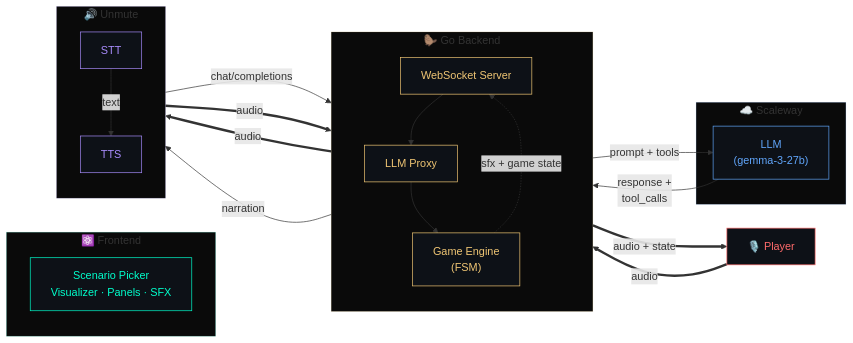
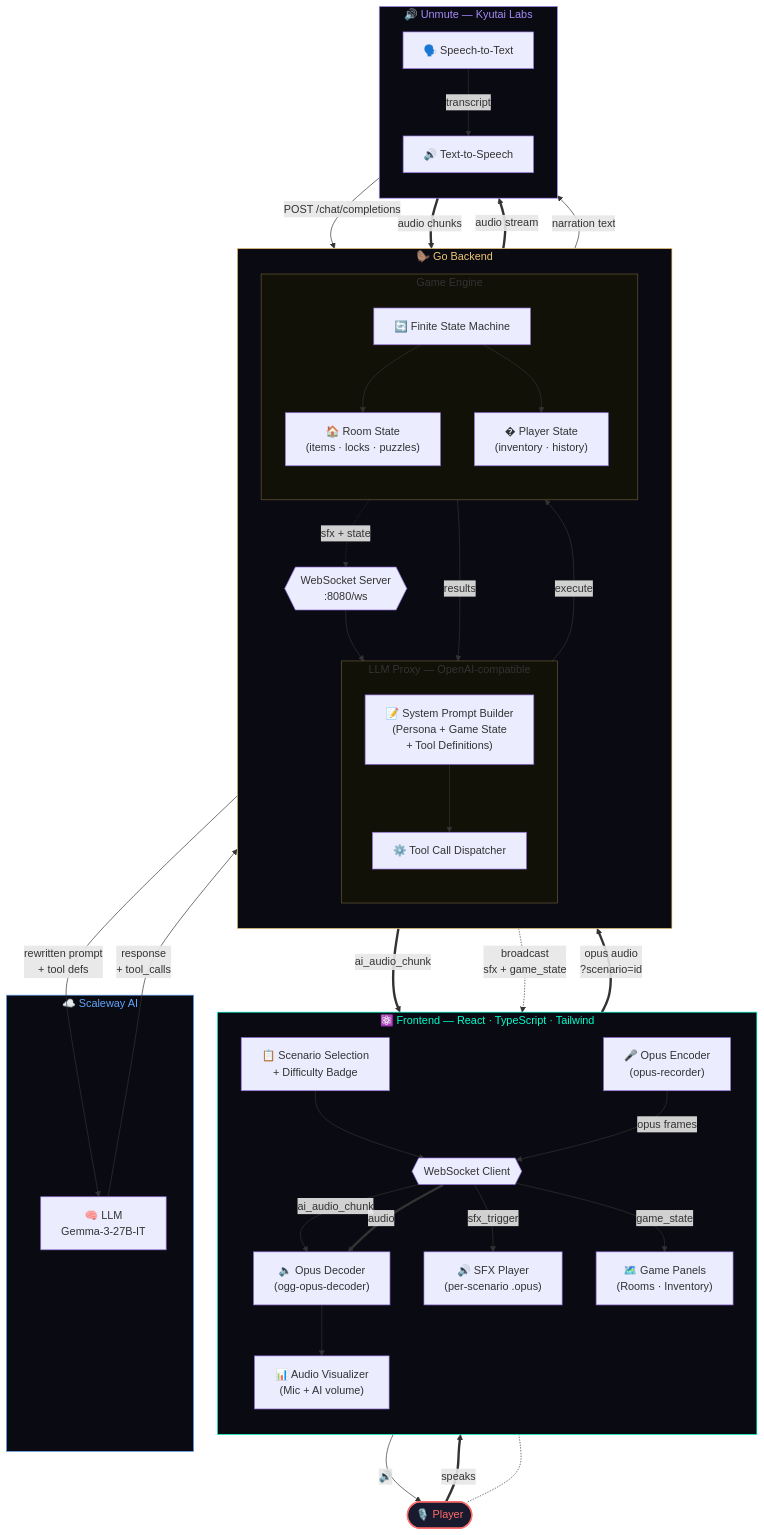
Before and after one commit to Aketos/AI-escape-games: the diagram in README.md, drawn with Mermaid.

Commit message:
docs: fix mermaid diagram

````diff
--- a/README.md
+++ b/README.md
@@ -5,53 +5,87 @@
 ```mermaid
-graph LR
-    subgraph F["⚛️ Frontend"]
+flowchart TB
+    %% ===== PLAYER =====
+    Player(["🎙️ Player"])
+    style Player fill:#1a1a2e,stroke:#ff6b6b,stroke-width:2px,color:#ff6b6b
+
+    %% ===== FRONTEND =====
+    subgraph FE["⚛️ Frontend — React · TypeScript · Tailwind"]
         direction TB
-        UI["Scenario Picker\nVisualizer · Panels · SFX"]
+        SUI["📋 Scenario Selection\n+ Difficulty Badge"]
+        VIS["📊 Audio Visualizer\n(Mic + AI volume)"]
+        PANELS["🗺️ Game Panels\n(Rooms · Inventory)"]
+        SFX["🔊 SFX Player\n(per-scenario .opus)"]
+        ENC["🎤 Opus Encoder\n(opus-recorder)"]
+        DEC["🔈 Opus Decoder\n(ogg-opus-decoder)"]
+        WSC{{"WebSocket Client"}}
+
+        SUI --> WSC
+        ENC -->|"opus frames"| WSC
+        WSC -->|"ai_audio_chunk"| DEC
+        WSC -->|"sfx_trigger"| SFX
+        WSC -->|"game_state"| PANELS
+        DEC --> VIS
     end
+    style FE fill:#0a0a12,stroke:#00ffcc,stroke-width:1px,color:#00ffcc
 
-    subgraph G["🦫 Go Backend"]
+    %% ===== GO BACKEND =====
+    subgraph BE["🦫 Go Backend"]
         direction TB
-        WS["WebSocket Server"]
-        PX["LLM Proxy"]
-        GE["Game Engine\n(FSM)"]
-        WS --> PX --> GE
+        WSS{{"WebSocket Server\n:8080/ws"}}
+        subgraph PROXY["LLM Proxy — OpenAI-compatible"]
+            direction TB
+            INJECT["📝 System Prompt Builder\n(Persona + Game State\n+ Tool Definitions)"]
+            DISPATCH["⚙️ Tool Call Dispatcher"]
+            INJECT --> DISPATCH
+        end
+        subgraph ENGINE["Game Engine"]
+            direction TB
+            FSM["🔄 Finite State Machine"]
+            ROOMS["🏠 Room State\n(items · locks · puzzles)"]
+            PLAYER_S["� Player State\n(inventory · history)"]
+            FSM --> ROOMS
+            FSM --> PLAYER_S
+        end
+        WSS --> INJECT
+        DISPATCH -->|"execute"| FSM
+        FSM -->|"results"| DISPATCH
+        FSM -.->|"sfx + state"| WSS
     end
+    style BE fill:#0a0a12,stroke:#f0c674,stroke-width:1px,color:#f0c674
+    style PROXY fill:#111108,stroke:#f0c67466
+    style ENGINE fill:#111108,stroke:#f0c67466
 
-    subgraph U["🔊 Unmute"]
+    %% ===== UNMUTE =====
+    subgraph UM["🔊 Unmute — Kyutai Labs"]
         direction TB
-        STT["STT"]
-        TTS["TTS"]
+        STT["🗣️ Speech-to-Text"]
+        TTS["🔊 Text-to-Speech"]
+        STT -->|"transcript"| TTS
     end
+    style UM fill:#0a0a12,stroke:#a78bfa,stroke-width:1px,color:#a78bfa
 
-    subgraph C["☁️ Scaleway"]
-        LLM["LLM\n(gemma-3-27b)"]
+    %% ===== CLOUD =====
+    subgraph SC["☁️ Scaleway AI"]
+        LLM["🧠 LLM\nGemma-3-27B-IT"]
     end
+    style SC fill:#0a0a12,stroke:#60a5fa,stroke-width:1px,color:#60a5fa
 
-    Player["🎙️ Player"] ==>|"audio"| WS
-    WS ==>|"audio"| STT
-    STT -->|"text"| TTS
-    TTS -->|"chat/completions"| PX
-    PX -->|"prompt + tools"| LLM
-    LLM -->|"response +\ntool_calls"| PX
-    PX -->|"narration"| TTS
-    TTS ==>|"audio"| WS
-    WS ==>|"audio + state"| Player
-    GE -.->|"sfx + game state"| WS
+    %% ===== CONNECTIONS =====
+    Player ==>|"speaks"| ENC
+    Player -.- SUI
 
-    classDef frontend fill:#0d1117,stroke:#00ffcc,color:#00ffcc
-    classDef backend fill:#0d1117,stroke:#f0c674,color:#f0c674
-    classDef unmute fill:#0d1117,stroke:#a78bfa,color:#a78bfa
-    classDef cloud fill:#0d1117,stroke:#60a5fa,color:#60a5fa
-    classDef player fill:#0d1117,stroke:#ff6b6b,color:#ff6b6b
+    WSC ==>|"opus audio\n?scenario=id"| WSS
+    WSS ==>|"audio stream"| STT
 
-    class UI frontend
-    class WS,PX,GE backend
-    class STT,TTS unmute
-    class LLM cloud
-    class Player player
+    TTS -->|"POST /chat/completions"| INJECT
+    INJECT -->|"rewritten prompt\n+ tool defs"| LLM
+    LLM -->|"response\n+ tool_calls"| DISPATCH
 
-    style F fill:#0a0a0a,stroke:#00ffcc33
-    style G fill:#0a0a0a,stroke:#f0c67433
-    style U fill:#0a0a0a,stroke:#a78bfa33
-    style C fill:#0a0a0a,stroke:#60a5fa33
+    DISPATCH -->|"narration text"| TTS
+    TTS ==>|"audio chunks"| WSS
+    WSS ==>|"ai_audio_chunk"| WSC
+    WSC ==>|"audio"| DEC
+    DEC -->|"🔊"| Player
+
+    WSS -.->|"broadcast\nsfx + game_state"| WSC
 ```
````
